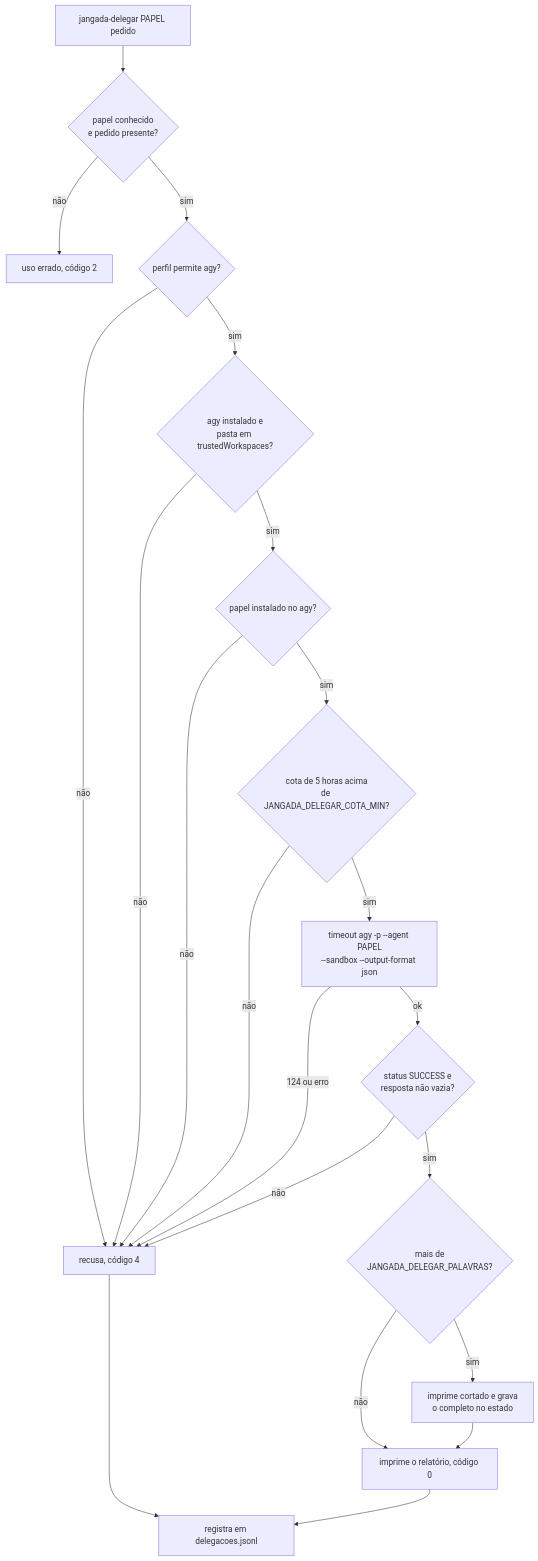
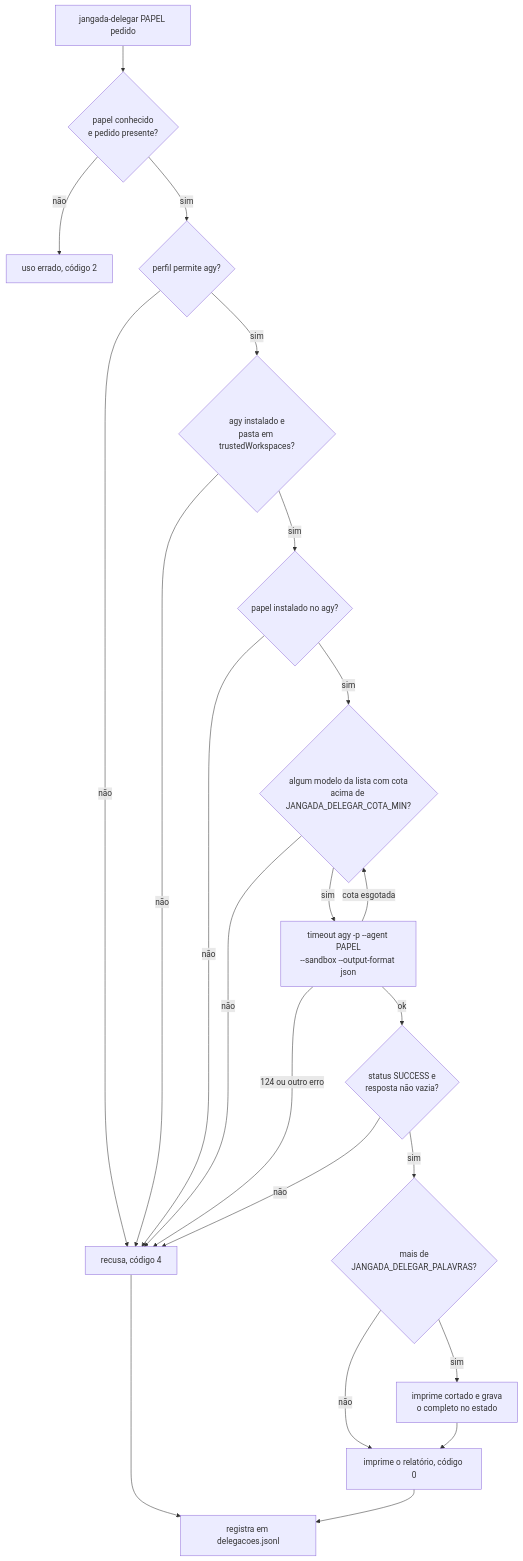
Before and after one commit to felipintoslv/jangada: the fourth of 4 diagrams in docs/subagentes-e-delegacao.md, drawn with Mermaid. The commit also changed other lines of this file and 6 other files, not shown here.

````diff
--- a/docs/subagentes-e-delegacao.md
+++ b/docs/subagentes-e-delegacao.md
@@ -208,23 +213,24 @@
 ```mermaid
 flowchart TD
     A[jangada-delegar PAPEL pedido] --> B{papel conhecido<br>e pedido presente?}
     B -- não --> X2[uso errado, código 2]
     B -- sim --> C{perfil permite agy?}
     C -- não --> R[recusa, código 4]
     C -- sim --> D{agy instalado e<br>pasta em trustedWorkspaces?}
     D -- não --> R
     D -- sim --> E{papel instalado no agy?}
     E -- não --> R
-    E -- sim --> F{cota de 5 horas acima<br>de JANGADA_DELEGAR_COTA_MIN?}
+    E -- sim --> F{algum modelo da lista com cota<br>acima de JANGADA_DELEGAR_COTA_MIN?}
     F -- não --> R
     F -- sim --> G[timeout agy -p --agent PAPEL<br>--sandbox --output-format json]
-    G -- 124 ou erro --> R
+    G -- cota esgotada --> F
+    G -- 124 ou outro erro --> R
     G -- ok --> H{status SUCCESS e<br>resposta não vazia?}
     H -- não --> R
     H -- sim --> I{mais de<br>JANGADA_DELEGAR_PALAVRAS?}
     I -- sim --> J[imprime cortado e grava<br>o completo no estado]
     I -- não --> K[imprime o relatório, código 0]
     J --> K
     R --> L[registra em delegacoes.jsonl]
     K --> L
 ```
````
